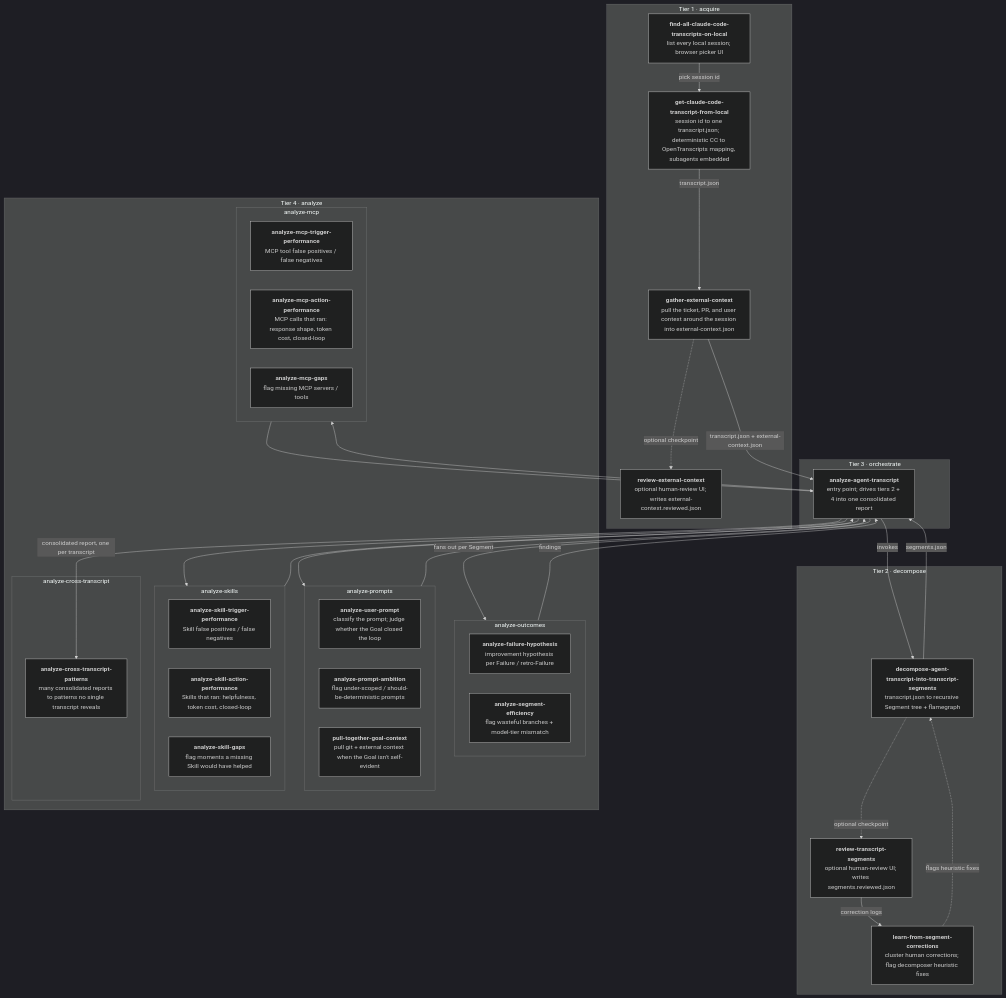
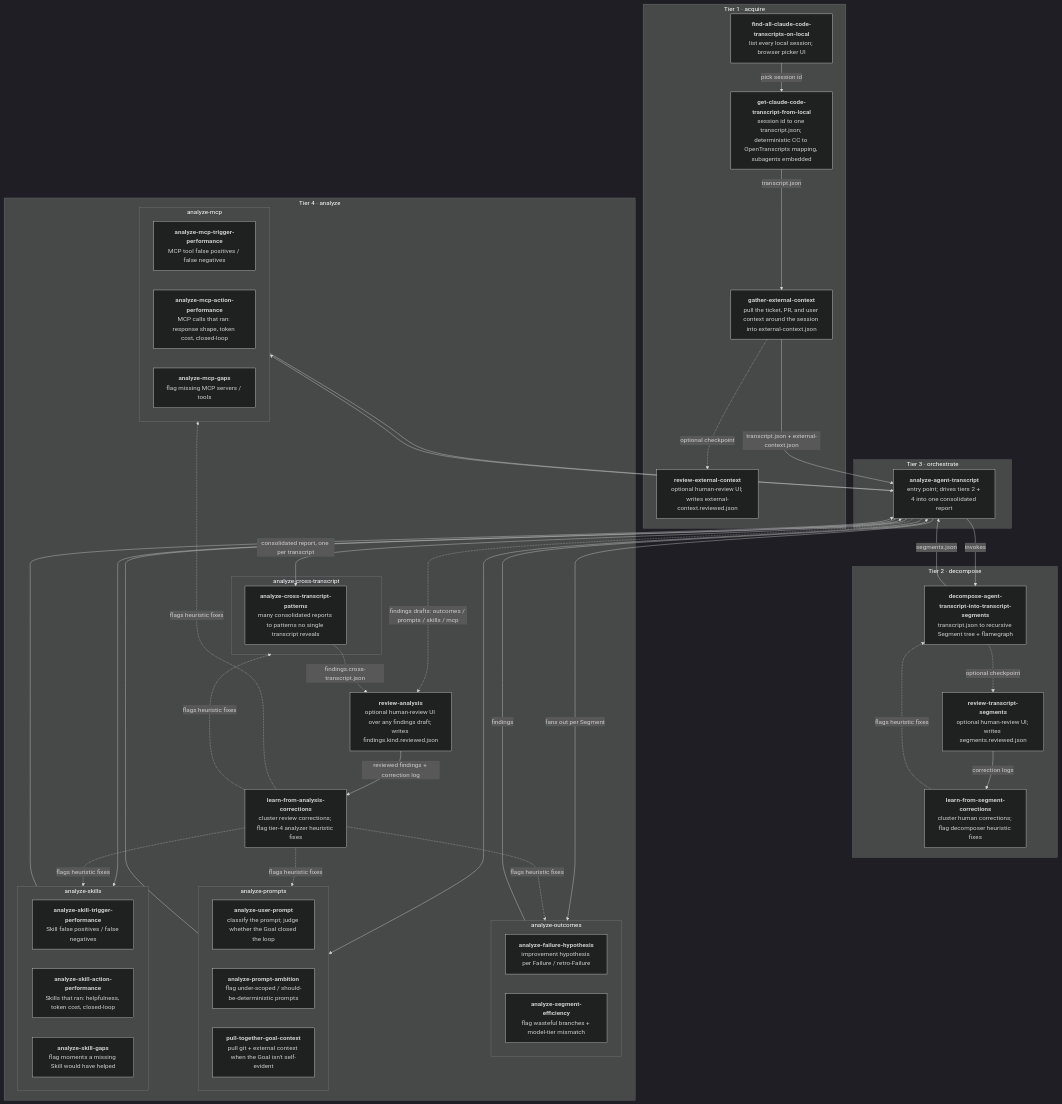
Before and after one commit to pulsemcp/ai-artifacts: the diagram in skills/agent-transcript-analysis/README.md, drawn with Mermaid (dark theme). The commit also changed other lines of this file and 13 other files, not shown here.

First line of the commit message:
Build the tier-4 findings-review subsystem

````diff
--- a/skills/agent-transcript-analysis/README.md
+++ b/skills/agent-transcript-analysis/README.md
@@ -46,63 +48,69 @@
 ```mermaid
 flowchart TD
     subgraph T1["Tier 1 · acquire"]
         FA["<b>find-all-claude-code-transcripts-on-local</b><br/>list every local session; browser picker UI"]
         GET["<b>get-claude-code-transcript-from-local</b><br/>session id to one transcript.json; deterministic CC to OpenTranscripts mapping, subagents embedded"]
         GEC["<b>gather-external-context</b><br/>pull the ticket, PR, and user context around the session into external-context.json"]
         REC["<b>review-external-context</b><br/>optional human-review UI; writes external-context.reviewed.json"]
     end
 
     subgraph T2["Tier 2 · decompose"]
         DEC["<b>decompose-agent-transcript-into-transcript-segments</b><br/>transcript.json to recursive Segment tree + flamegraph"]
         REV["<b>review-transcript-segments</b><br/>optional human-review UI; writes segments.reviewed.json"]
         LEARN["<b>learn-from-segment-corrections</b><br/>cluster human corrections; flag decomposer heuristic fixes"]
     end
 
     subgraph T3["Tier 3 · orchestrate"]
         ORCH["<b>analyze-agent-transcript</b><br/>entry point; drives tiers 2 + 4 into one consolidated report"]
     end
 
     subgraph T4["Tier 4 · analyze"]
         subgraph T4O["analyze-outcomes"]
             FH["<b>analyze-failure-hypothesis</b><br/>improvement hypothesis per Failure / retro-Failure"]
             SE["<b>analyze-segment-efficiency</b><br/>flag wasteful branches + model-tier mismatch"]
         end
         subgraph T4P["analyze-prompts"]
             UP["<b>analyze-user-prompt</b><br/>classify the prompt; judge whether the Goal closed the loop"]
             PA["<b>analyze-prompt-ambition</b><br/>flag under-scoped / should-be-deterministic prompts"]
             GC["<b>pull-together-goal-context</b><br/>pull git + external context when the Goal isn't self-evident"]
         end
         subgraph T4S["analyze-skills"]
             STP["<b>analyze-skill-trigger-performance</b><br/>Skill false positives / false negatives"]
             SAP["<b>analyze-skill-action-performance</b><br/>Skills that ran: helpfulness, token cost, closed-loop"]
             SG["<b>analyze-skill-gaps</b><br/>flag moments a missing Skill would have helped"]
         end
         subgraph T4M["analyze-mcp"]
             MTP["<b>analyze-mcp-trigger-performance</b><br/>MCP tool false positives / false negatives"]
             MAP["<b>analyze-mcp-action-performance</b><br/>MCP calls that ran: response shape, token cost, closed-loop"]
             MG["<b>analyze-mcp-gaps</b><br/>flag missing MCP servers / tools"]
         end
         subgraph T4X["analyze-cross-transcript"]
             XT["<b>analyze-cross-transcript-patterns</b><br/>many consolidated reports to patterns no single transcript reveals"]
         end
+        RA["<b>review-analysis</b><br/>optional human-review UI over any findings draft; writes findings.kind.reviewed.json"]
+        LAC["<b>learn-from-analysis-corrections</b><br/>cluster review corrections; flag tier-4 analyzer heuristic fixes"]
     end
 
     FA -->|pick session id| GET
     GET -->|transcript.json| GEC
     GEC -.->|optional checkpoint| REC
     GEC -->|transcript.json + external-context.json| ORCH
     ORCH -->|invokes| DEC
     DEC -->|segments.json| ORCH
     DEC -.->|optional checkpoint| REV
     REV -->|correction logs| LEARN
     LEARN -.->|flags heuristic fixes| DEC
     ORCH -->|fans out per Segment| T4O
     ORCH --> T4P
     ORCH --> T4S
     ORCH --> T4M
     T4O -->|findings| ORCH
     T4P --> ORCH
     T4S --> ORCH
     T4M --> ORCH
     ORCH -->|consolidated report, one per transcript| XT
+    ORCH -.->|findings drafts: outcomes / prompts / skills / mcp| RA
+    XT -.->|findings.cross-transcript.json| RA
+    RA -->|reviewed findings + correction log| LAC
+    LAC -.->|flags heuristic fixes| T4O & T4P & T4S & T4M & T4X
 ```
````
